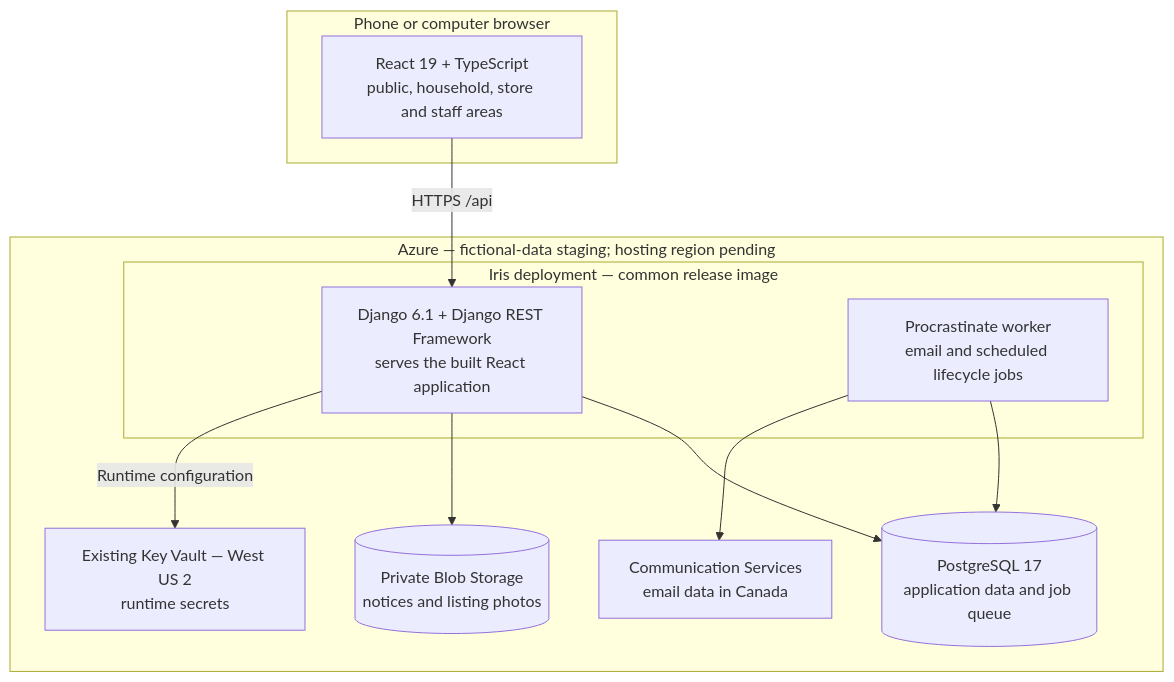
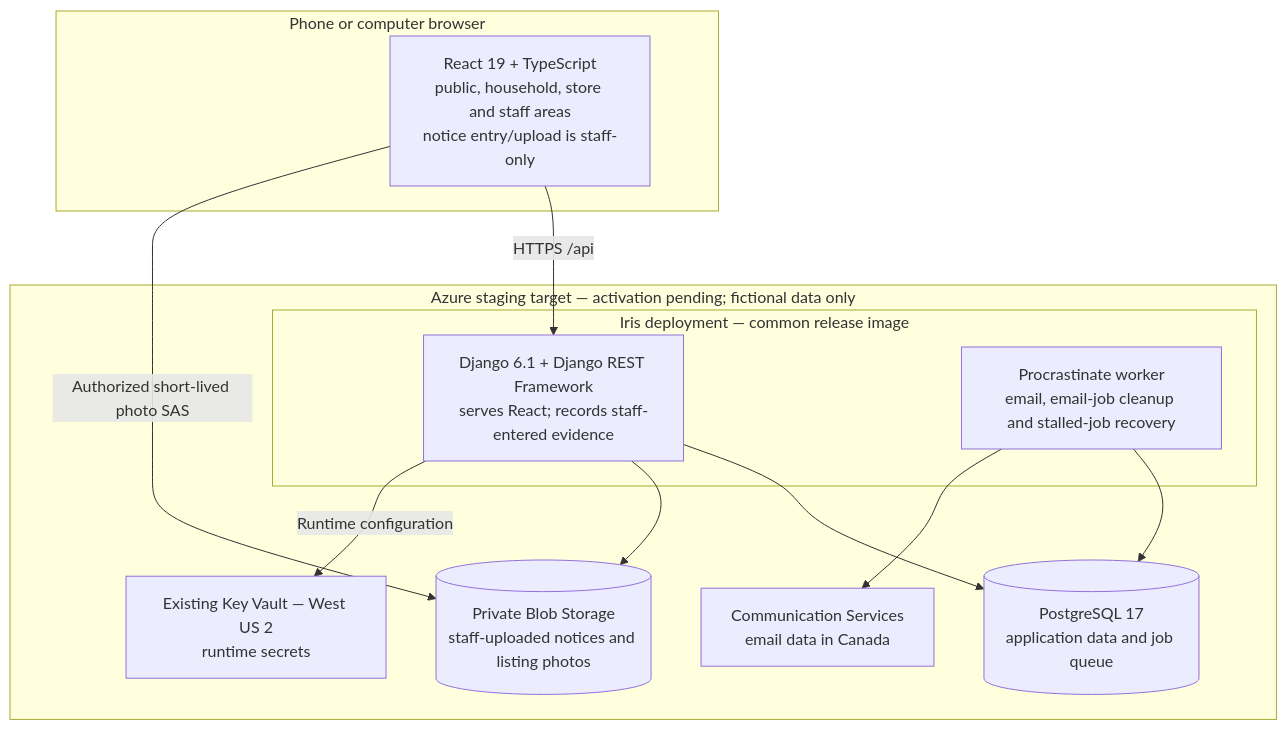
Before and after one commit to B-A-D-R-SL/iris: the second of 5 diagrams in docs/04-architecture/architecture.md, drawn with Mermaid. The commit also changed other lines of this file and 9 other files, not shown here.

Commit message:
SET-21 docs(architecture): reconcile Release 1 documentation with implementation

````diff
--- a/docs/04-architecture/architecture.md
+++ b/docs/04-architecture/architecture.md
@@ -241,25 +371,26 @@
 ```mermaid
 flowchart TB
     subgraph Browser["Phone or computer browser"]
-        React["React 19 + TypeScript<br/>public, household, store and staff areas"]
+        React["React 19 + TypeScript<br/>public, household, store and staff areas<br/>notice entry/upload is staff-only"]
     end
 
-    subgraph Azure["Azure — fictional-data staging; hosting region pending"]
+    subgraph Azure["Azure staging target — activation pending; fictional data only"]
         subgraph Iris["Iris deployment — common release image"]
-            API["Django 6.1 + Django REST Framework<br/>serves the built React application"]
-            Worker["Procrastinate worker<br/>email and scheduled lifecycle jobs"]
+            API["Django 6.1 + Django REST Framework<br/>serves React; records staff-entered evidence"]
+            Worker["Procrastinate worker<br/>email, email-job cleanup and stalled-job recovery"]
         end
 
         DB[("PostgreSQL 17<br/>application data and job queue")]
-        Blob[("Private Blob Storage<br/>notices and listing photos")]
+        Blob[("Private Blob Storage<br/>staff-uploaded notices and listing photos")]
         Mail["Communication Services<br/>email data in Canada"]
         Vault["Existing Key Vault — West US 2<br/>runtime secrets"]
     end
 
     React -->|"HTTPS /api"| API
+    React -->|"Authorized short-lived photo SAS"| Blob
     API --> DB
     API --> Blob
     API -->|"Runtime configuration"| Vault
     Worker --> DB
     Worker --> Mail
 ```
````
